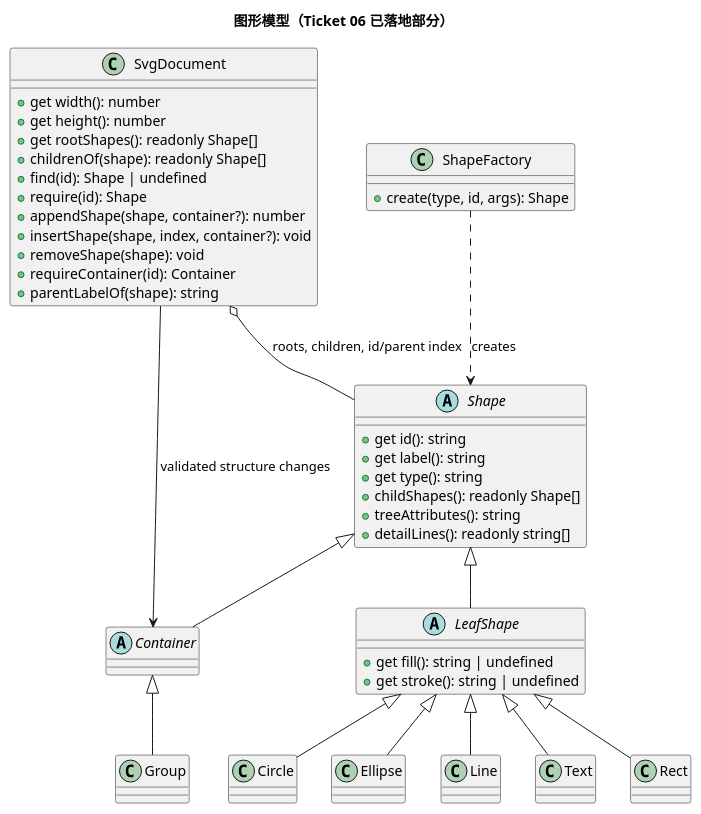
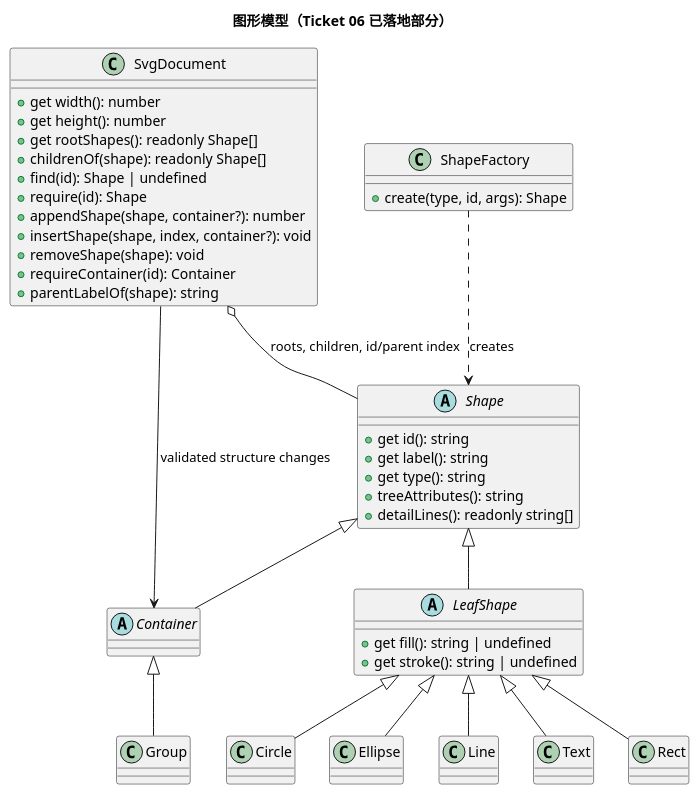
Before and after one commit to NQC233/svg-editor-lab1: the first of 2 diagrams in doc/class-model.puml, drawn with PlantUML. The commit also changed 2 other files, not shown here.

```diff
--- a/doc/class-model.puml
+++ b/doc/class-model.puml
@@ -1,56 +1,55 @@
 @startuml
 title 图形模型（Ticket 06 已落地部分）
 
 abstract class Shape {
   +get id(): string
   +get label(): string
   +get type(): string
-  +childShapes(): readonly Shape[]
   +treeAttributes(): string
   +detailLines(): readonly string[]
 }
 
 abstract class LeafShape {
   +get fill(): string | undefined
   +get stroke(): string | undefined
 }
 
 abstract class Container
 
 class Group
 class Rect
 class Circle
 class Ellipse
 class Line
 class Text
 
 class SvgDocument {
   +get width(): number
   +get height(): number
   +get rootShapes(): readonly Shape[]
   +childrenOf(shape): readonly Shape[]
   +find(id): Shape | undefined
   +require(id): Shape
   +appendShape(shape, container?): number
   +insertShape(shape, index, container?): void
   +removeShape(shape): void
   +requireContainer(id): Container
   +parentLabelOf(shape): string
 }
 
 class ShapeFactory {
   +create(type, id, args): Shape
 }
 
 Shape <|-- LeafShape
 Shape <|-- Container
 Container <|-- Group
 LeafShape <|-- Rect
 LeafShape <|-- Circle
 LeafShape <|-- Ellipse
 LeafShape <|-- Line
 LeafShape <|-- Text
 SvgDocument o-- Shape : roots, children, id/parent index
 SvgDocument --> Container : validated structure changes
 ShapeFactory ..> Shape : creates
 @enduml
```
